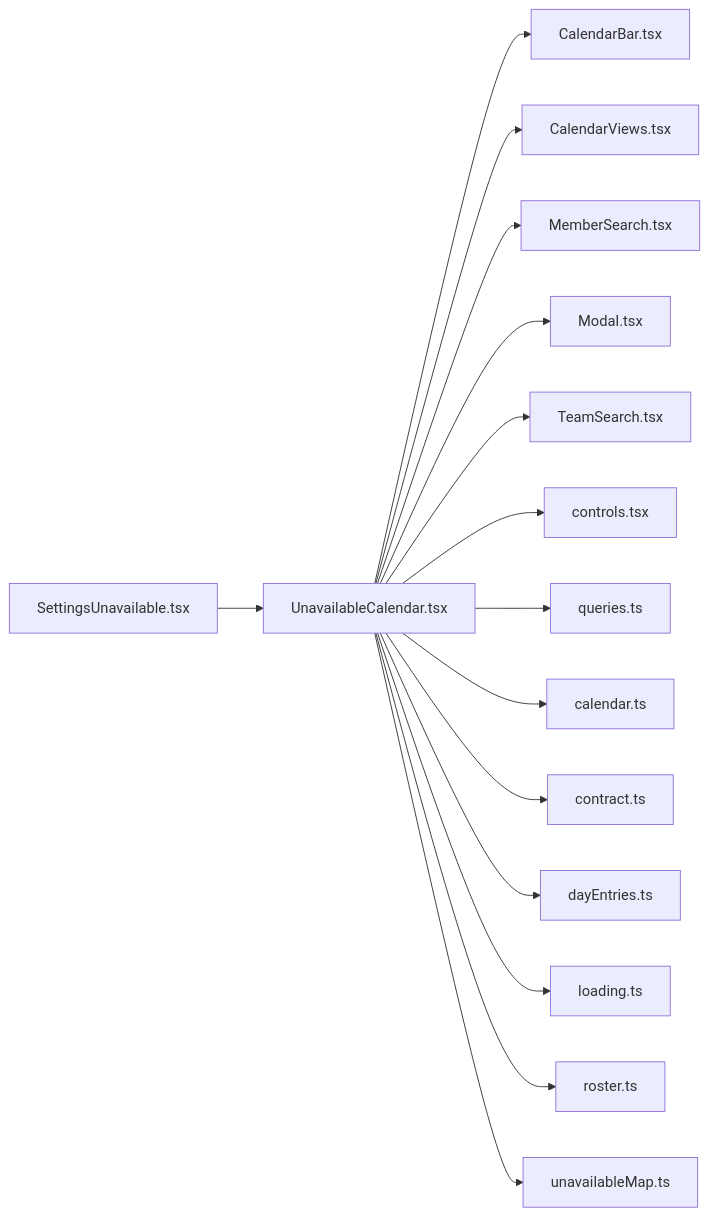
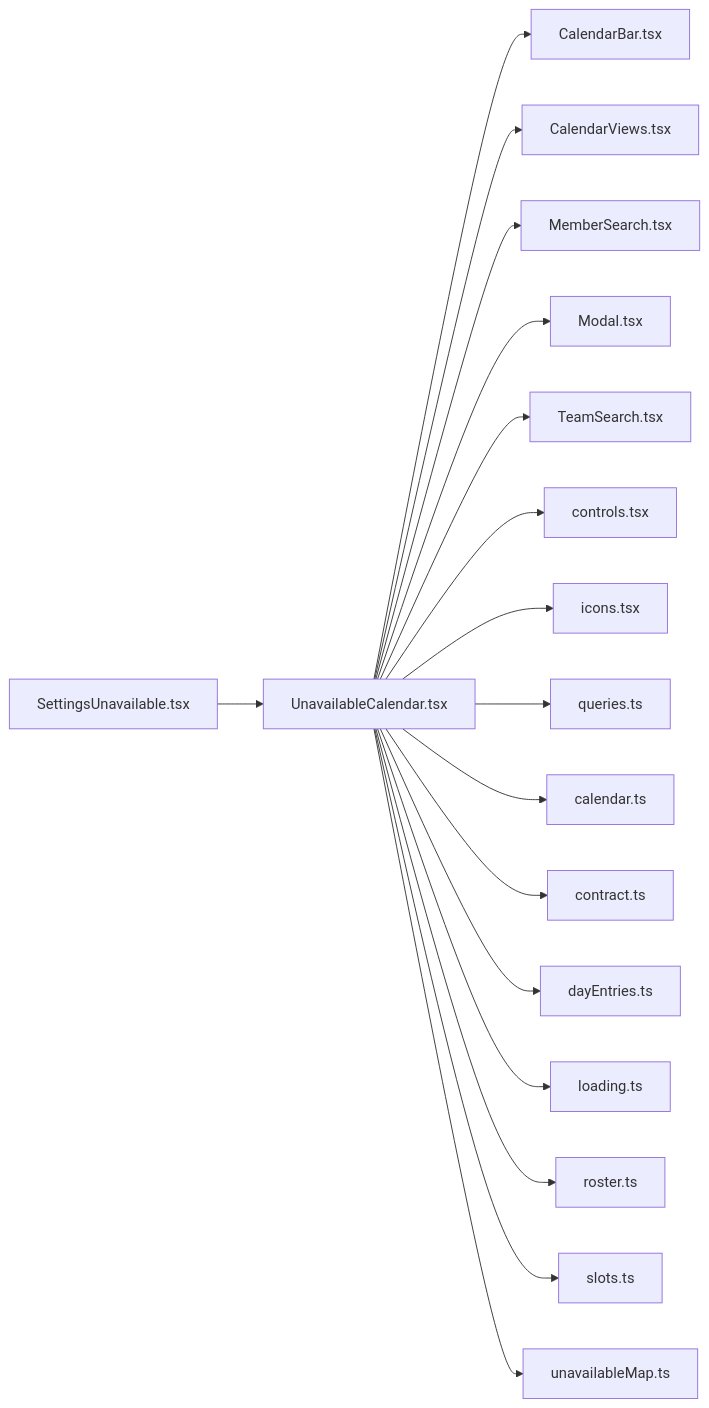
One commit to minkong-dev/Banblit changed the diagram in .cluedoc/graph/frontend/src/routes/UnavailableCalendar.md. Above: the diagram before and after it, drawn with Mermaid. The commit also changed other lines of this file and 12 other files, not shown here.

Commit message:
frontend: show off members by name in unavailable calendar and open day details on click

````diff
--- a/.cluedoc/graph/frontend/src/routes/UnavailableCalendar.md
+++ b/.cluedoc/graph/frontend/src/routes/UnavailableCalendar.md
@@ -10,18 +10,20 @@
 ```mermaid
 flowchart LR
   frontend_src_routes_UnavailableCalendar["UnavailableCalendar.tsx"]
   frontend_src_routes_UnavailableCalendar --> frontend_src_components_CalendarBar["CalendarBar.tsx"]
   frontend_src_routes_UnavailableCalendar --> frontend_src_components_CalendarViews["CalendarViews.tsx"]
   frontend_src_routes_UnavailableCalendar --> frontend_src_components_MemberSearch["MemberSearch.tsx"]
   frontend_src_routes_UnavailableCalendar --> frontend_src_components_Modal["Modal.tsx"]
   frontend_src_routes_UnavailableCalendar --> frontend_src_components_TeamSearch["TeamSearch.tsx"]
   frontend_src_routes_UnavailableCalendar --> frontend_src_components_controls["controls.tsx"]
+  frontend_src_routes_UnavailableCalendar --> frontend_src_components_icons["icons.tsx"]
   frontend_src_routes_UnavailableCalendar --> frontend_src_components_queries["queries.ts"]
   frontend_src_routes_UnavailableCalendar --> frontend_src_lib_calendar["calendar.ts"]
   frontend_src_routes_UnavailableCalendar --> frontend_src_lib_contract["contract.ts"]
   frontend_src_routes_UnavailableCalendar --> frontend_src_lib_dayEntries["dayEntries.ts"]
   frontend_src_routes_UnavailableCalendar --> frontend_src_lib_loading["loading.ts"]
   frontend_src_routes_UnavailableCalendar --> frontend_src_lib_roster["roster.ts"]
+  frontend_src_routes_UnavailableCalendar --> frontend_src_lib_slots["slots.ts"]
   frontend_src_routes_UnavailableCalendar --> frontend_src_lib_unavailableMap["unavailableMap.ts"]
   frontend_src_routes_SettingsUnavailable["SettingsUnavailable.tsx"] --> frontend_src_routes_UnavailableCalendar
 ```
````
